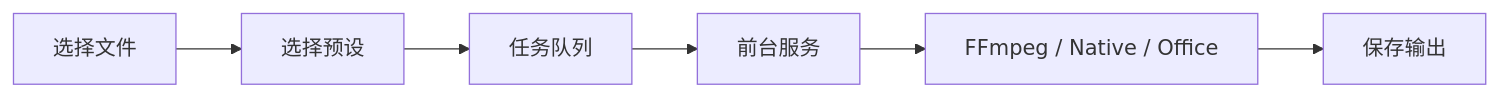
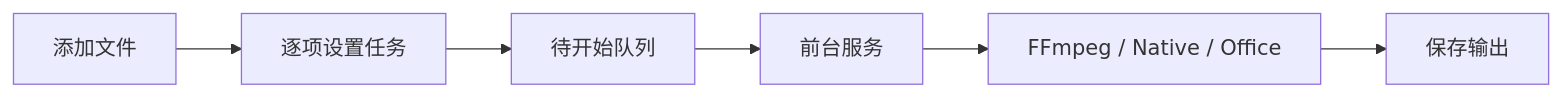
One commit to Jasonzhu1207/ZenConverter changed the diagram in README_zh.md. Above: the diagram before and after it, drawn with Mermaid. The commit also changed other lines of this file and 12 other files, not shown here.

````diff
--- a/README_zh.md
+++ b/README_zh.md
@@ -60,11 +60,11 @@
 ```mermaid
 flowchart LR
-    Pick["选择文件"]
-    Preset["选择预设"]
-    Queue["任务队列"]
+    Pick["添加文件"]
+    Configure["逐项设置任务"]
+    Queue["待开始队列"]
     Service["前台服务"]
     Engine["FFmpeg / Native / Office"]
     Output["保存输出"]
 
-    Pick --> Preset --> Queue --> Service --> Engine --> Output
+    Pick --> Configure --> Queue --> Service --> Engine --> Output
 ```
````
